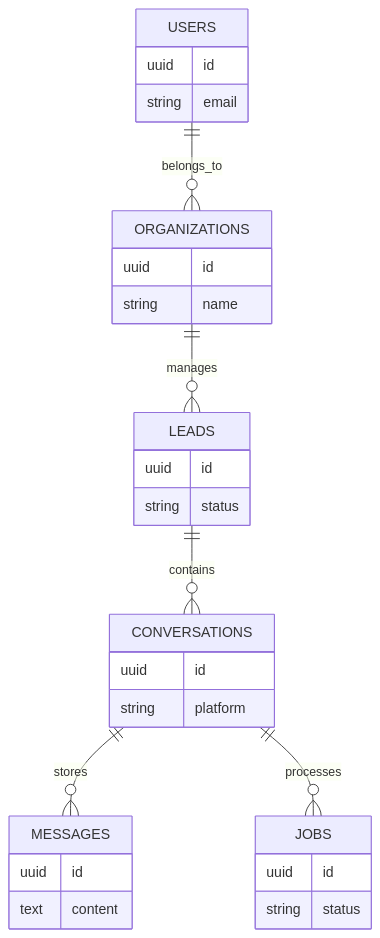
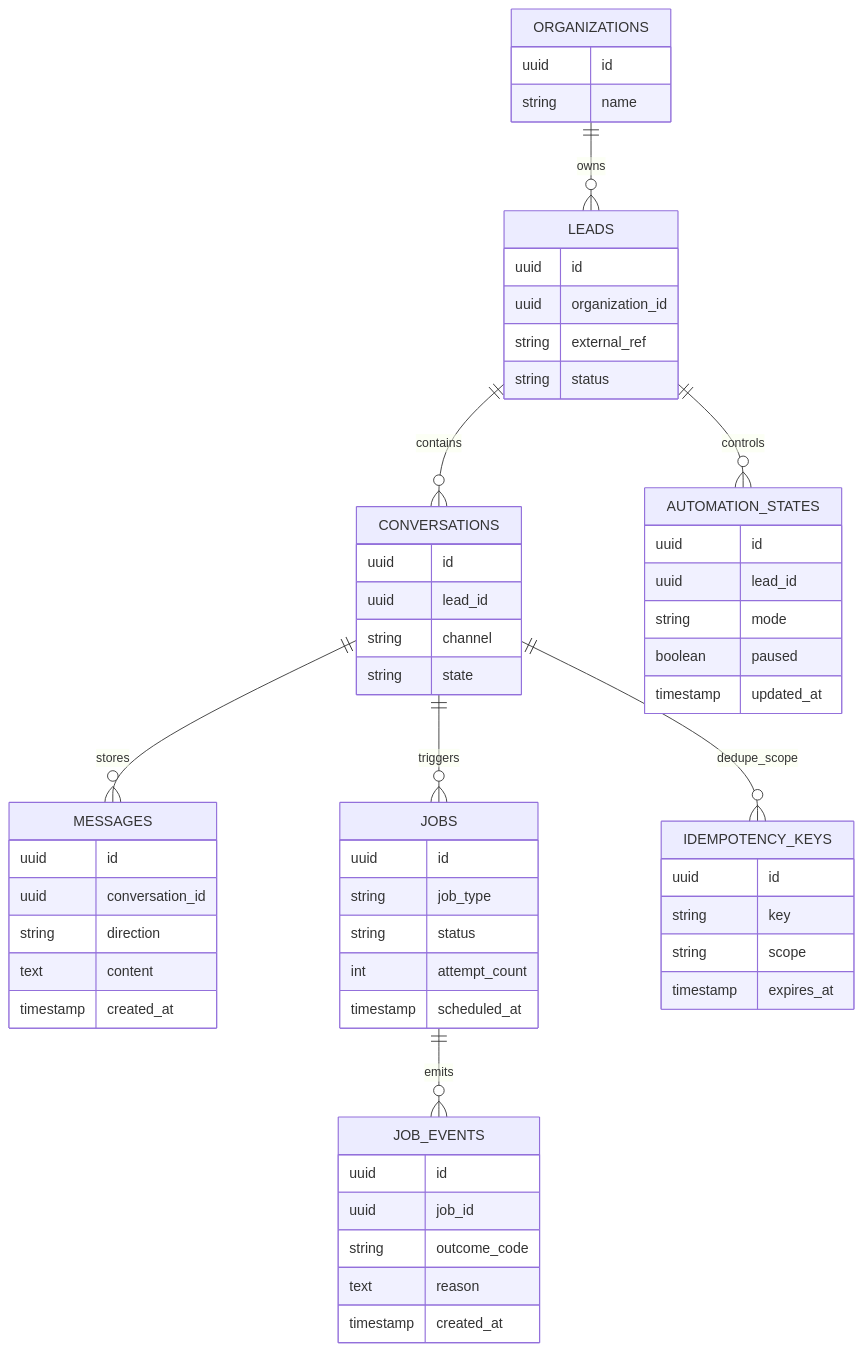
Before and after one commit to Ahsankhalid618/ai-automation-system-design: the diagram in diagrams/database-design.md, drawn with Mermaid. The commit also changed other lines of this file and 15 other files, not shown here.

````diff
--- a/diagrams/database-design.md
+++ b/diagrams/database-design.md
@@ -3,39 +3,68 @@
 ```mermaid
 erDiagram
+  ORGANIZATIONS ||--o{ LEADS : owns
+  LEADS ||--o{ CONVERSATIONS : contains
+  CONVERSATIONS ||--o{ MESSAGES : stores
+  CONVERSATIONS ||--o{ JOBS : triggers
+  JOBS ||--o{ JOB_EVENTS : emits
+  CONVERSATIONS ||--o{ IDEMPOTENCY_KEYS : dedupe_scope
+  LEADS ||--o{ AUTOMATION_STATES : controls
 
-USERS ||--o{ ORGANIZATIONS : belongs_to
-ORGANIZATIONS ||--o{ LEADS : manages
-LEADS ||--o{ CONVERSATIONS : contains
-CONVERSATIONS ||--o{ MESSAGES : stores
-CONVERSATIONS ||--o{ JOBS : processes
+  ORGANIZATIONS {
+    uuid id
+    string name
+  }
 
-USERS {
-  uuid id
-  string email
-}
+  LEADS {
+    uuid id
+    uuid organization_id
+    string external_ref
+    string status
+  }
 
-ORGANIZATIONS {
-  uuid id
-  string name
-}
+  CONVERSATIONS {
+    uuid id
+    uuid lead_id
+    string channel
+    string state
+  }
 
-LEADS {
-  uuid id
-  string status
-}
+  MESSAGES {
+    uuid id
+    uuid conversation_id
+    string direction
+    text content
+    timestamp created_at
+  }
 
-CONVERSATIONS {
-  uuid id
-  string platform
-}
+  JOBS {
+    uuid id
+    string job_type
+    string status
+    int attempt_count
+    timestamp scheduled_at
+  }
 
-MESSAGES {
-  uuid id
-  text content
-}
+  JOB_EVENTS {
+    uuid id
+    uuid job_id
+    string outcome_code
+    text reason
+    timestamp created_at
+  }
 
-JOBS {
-  uuid id
-  string status
-}
+  IDEMPOTENCY_KEYS {
+    uuid id
+    string key
+    string scope
+    timestamp expires_at
+  }
+
+  AUTOMATION_STATES {
+    uuid id
+    uuid lead_id
+    string mode
+    boolean paused
+    timestamp updated_at
+  }
 ```
````
